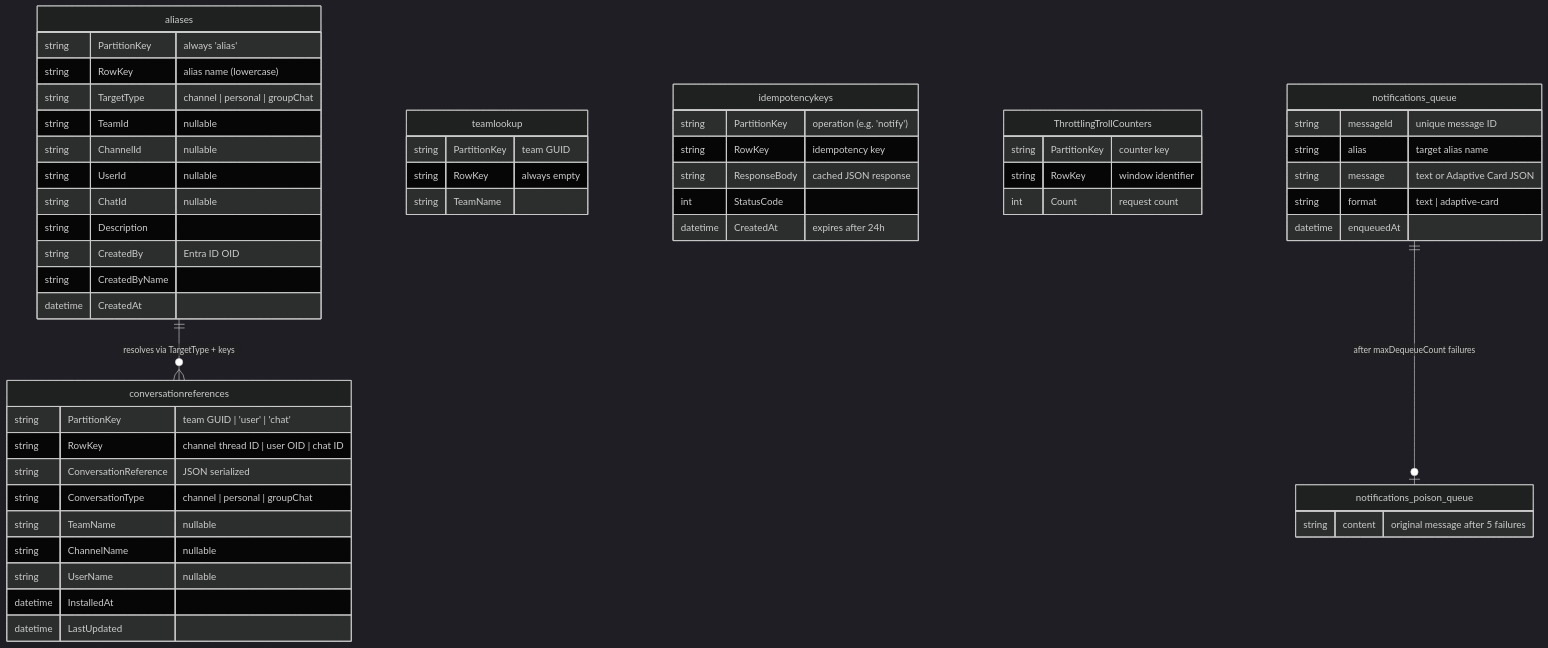
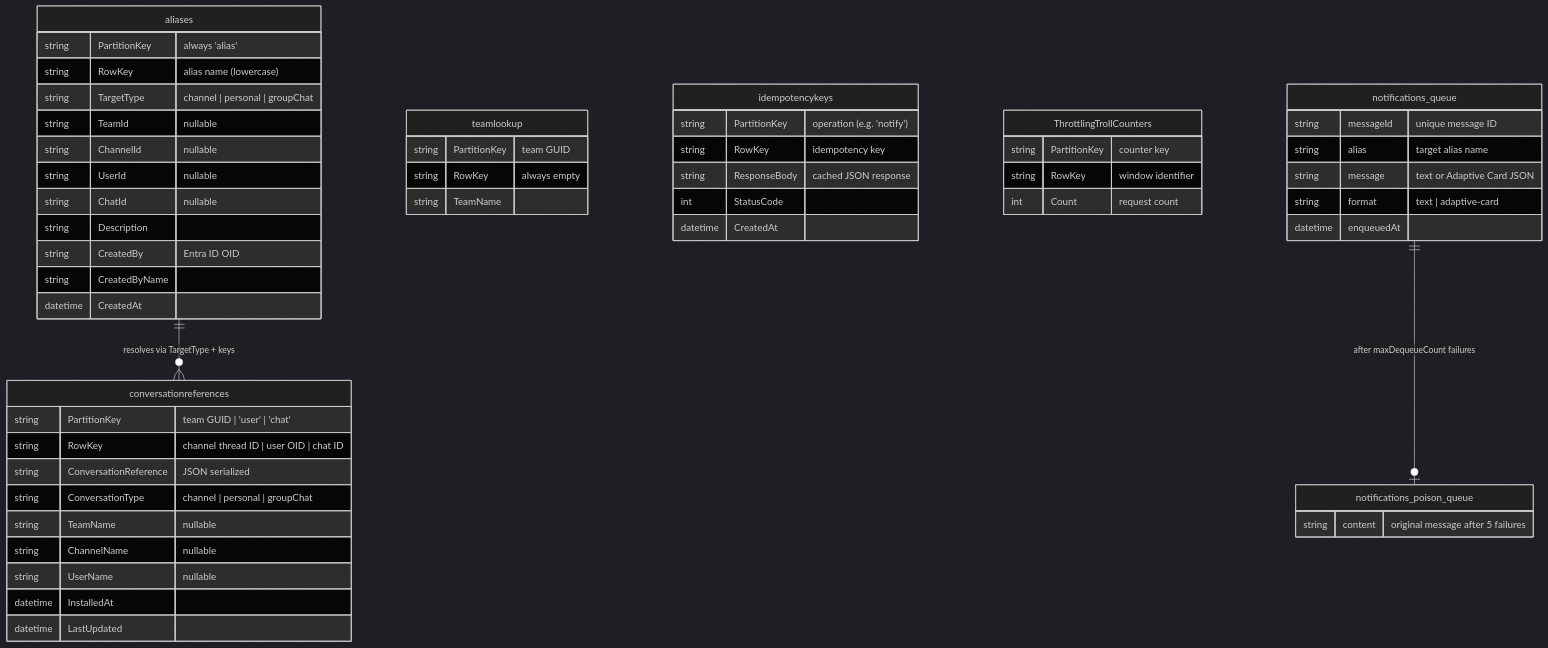
The fourth of 5 diagrams in docs/architecture.md (dsb-norge/teams-notifier-function-app), drawn with Mermaid (dark theme) before and after one commit. The commit also changed other lines of this file and 7 other files, not shown here.

````diff
--- a/docs/architecture.md
+++ b/docs/architecture.md
@@ -193,63 +193,63 @@
 ```mermaid
 erDiagram
     aliases {
         string PartitionKey "always 'alias'"
         string RowKey "alias name (lowercase)"
         string TargetType "channel | personal | groupChat"
         string TeamId "nullable"
         string ChannelId "nullable"
         string UserId "nullable"
         string ChatId "nullable"
         string Description ""
         string CreatedBy "Entra ID OID"
         string CreatedByName ""
         datetime CreatedAt ""
     }
 
     conversationreferences {
         string PartitionKey "team GUID | 'user' | 'chat'"
         string RowKey "channel thread ID | user OID | chat ID"
         string ConversationReference "JSON serialized"
         string ConversationType "channel | personal | groupChat"
         string TeamName "nullable"
         string ChannelName "nullable"
         string UserName "nullable"
         datetime InstalledAt ""
         datetime LastUpdated ""
     }
 
     teamlookup {
         string PartitionKey "team GUID"
         string RowKey "always empty"
         string TeamName ""
     }
 
     idempotencykeys {
         string PartitionKey "operation (e.g. 'notify')"
         string RowKey "idempotency key"
         string ResponseBody "cached JSON response"
         int StatusCode ""
-        datetime CreatedAt "expires after 24h"
+        datetime CreatedAt ""
     }
 
     ThrottlingTrollCounters {
         string PartitionKey "counter key"
         string RowKey "window identifier"
         int Count "request count"
     }
 
     notifications_queue {
         string messageId "unique message ID"
         string alias "target alias name"
         string message "text or Adaptive Card JSON"
         string format "text | adaptive-card"
         datetime enqueuedAt ""
     }
 
     notifications_poison_queue {
         string content "original message after 5 failures"
     }
 
     aliases ||--o{ conversationreferences : "resolves via TargetType + keys"
     notifications_queue ||--o| notifications_poison_queue : "after maxDequeueCount failures"
 ```
````
